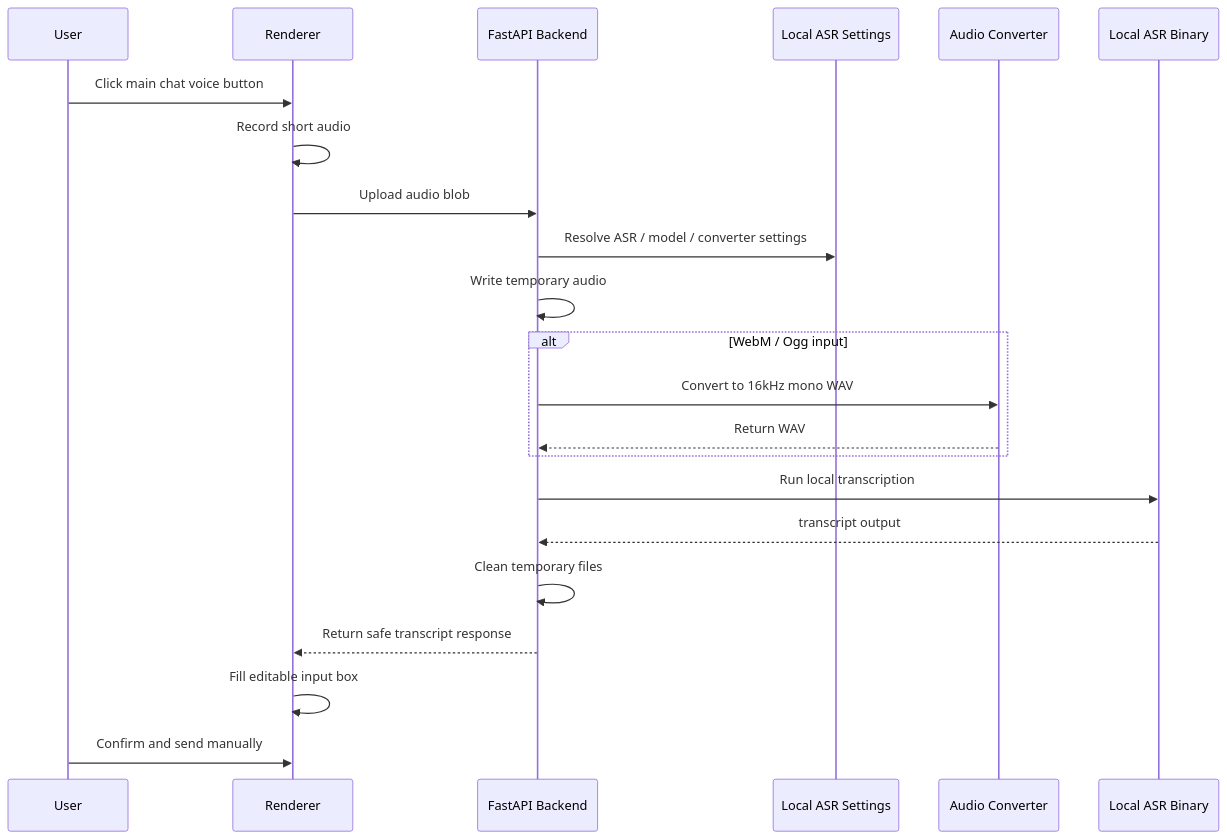
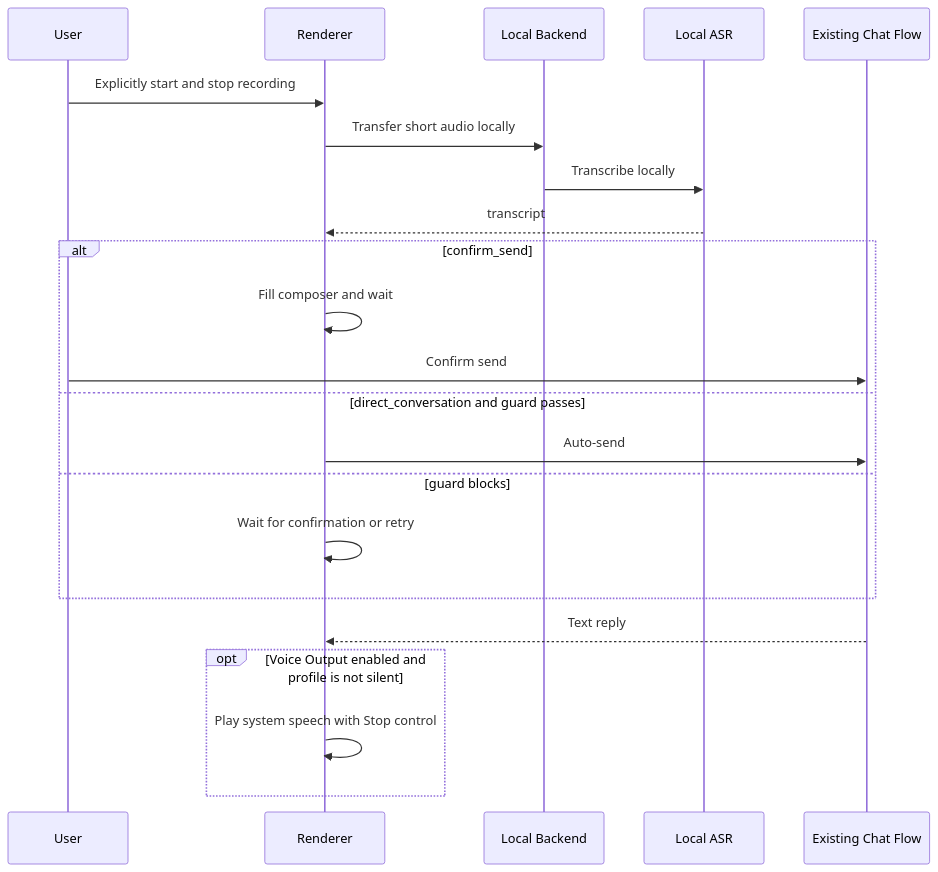
Before and after one commit to Zhuoran-26/ReiLink: the third of 3 diagrams in README.en.md, drawn with Mermaid. The commit also changed other lines of this file and 20 other files, not shown here.

````diff
--- a/README.en.md
+++ b/README.en.md
@@ -193,25 +195,25 @@
 ```mermaid
 sequenceDiagram
   participant User as User
   participant UI as Renderer
-  participant Backend as FastAPI Backend
-  participant Settings as Local ASR Settings
-  participant Converter as Audio Converter
-  participant ASR as Local ASR Binary
+  participant Backend as Local Backend
+  participant ASR as Local ASR
+  participant Chat as Existing Chat Flow
 
-  User->>UI: Click main chat voice button
-  UI->>UI: Record short audio
-  UI->>Backend: Upload audio blob
-  Backend->>Settings: Resolve ASR / model / converter settings
-  Backend->>Backend: Write temporary audio
-  alt WebM / Ogg input
-    Backend->>Converter: Convert to 16kHz mono WAV
-    Converter-->>Backend: Return WAV
+  User->>UI: Explicitly start and stop recording
+  UI->>Backend: Transfer short audio locally
+  Backend->>ASR: Transcribe locally
+  ASR-->>UI: transcript
+  alt confirm_send
+    UI->>UI: Fill composer and wait
+    User->>Chat: Confirm send
+  else direct_conversation and guard passes
+    UI->>Chat: Auto-send
+  else guard blocks
+    UI->>UI: Wait for confirmation or retry
   end
-  Backend->>ASR: Run local transcription
-  ASR-->>Backend: transcript output
-  Backend->>Backend: Clean temporary files
-  Backend-->>UI: Return safe transcript response
-  UI->>UI: Fill editable input box
-  User->>UI: Confirm and send manually
+  Chat-->>UI: Text reply
+  opt Voice Output enabled and profile is not silent
+    UI->>UI: Play system speech with Stop control
+  end
 ```
````
